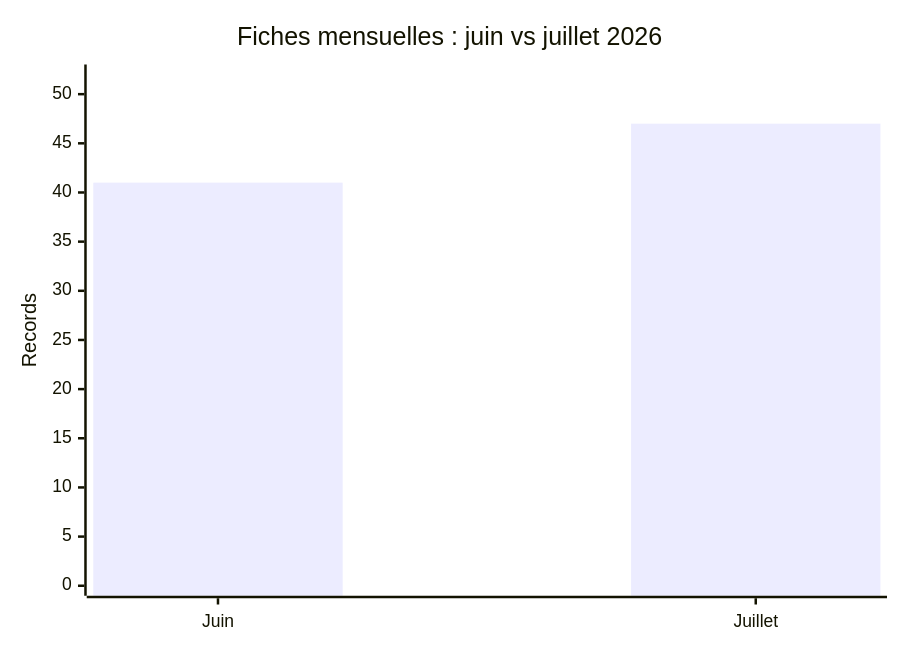
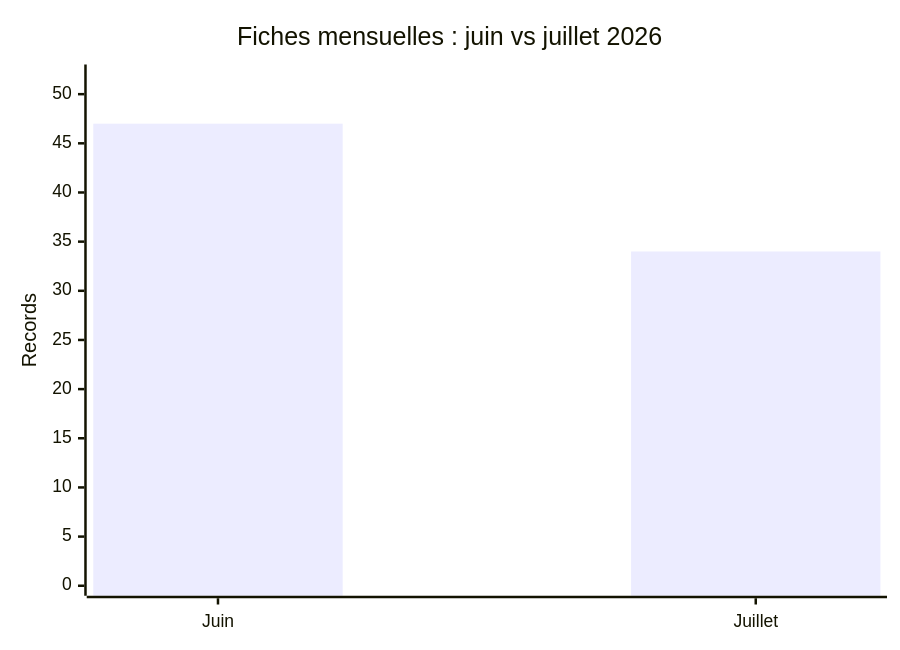
Before and after one commit to Hatchepsoute/AFRINTEL: the diagram in comparison/2026/06-june-july/README_FR.md, drawn with Mermaid. The commit also changed other lines of this file and 98 other files, not shown here.

````diff
--- a/comparison/2026/06-june-july/README_FR.md
+++ b/comparison/2026/06-june-july/README_FR.md
@@ -16,7 +16,7 @@
 ```mermaid
 xychart-beta
     title "Fiches mensuelles : juin vs juillet 2026"
     x-axis [Juin, Juillet]
     y-axis "Records" 0 --> 52
-    bar [41, 47]
+    bar [47, 34]
 ```
````
